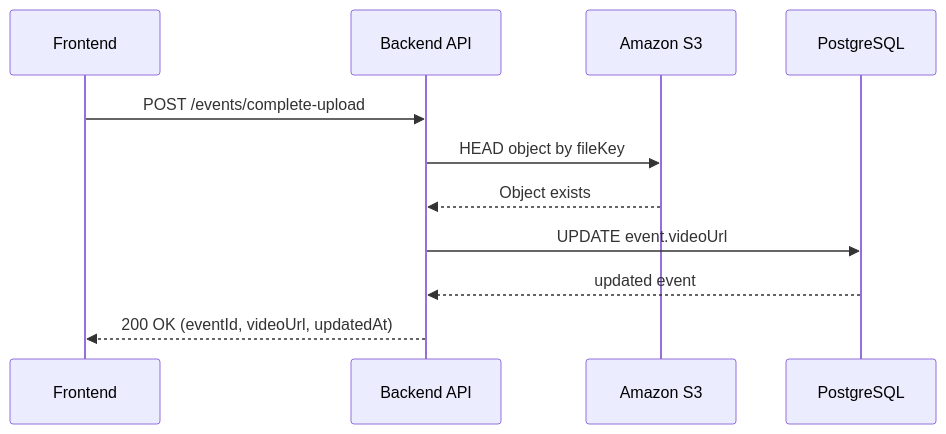
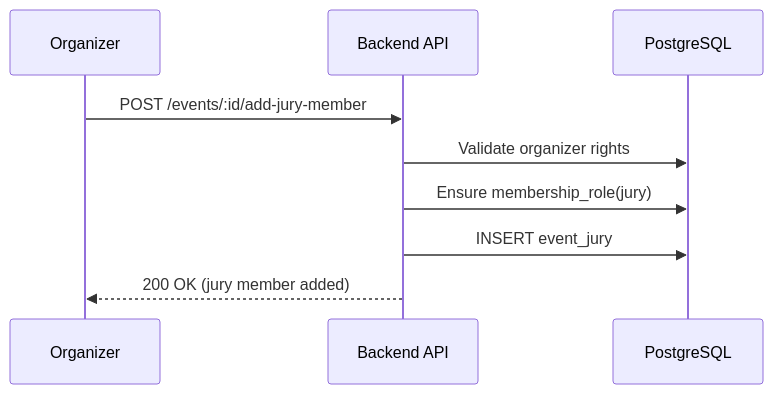
One commit to KaterynaKocheharova/Multi-tenant-architecture changed the eighth of 10 diagrams in architecture-homework/docs/api-design.md. Above: the diagram before and after it, drawn with Mermaid. The commit also changed other lines of this file and 1 other file, not shown here.

Commit message:
polish api-design

````diff
--- a/architecture-homework/docs/api-design.md
+++ b/architecture-homework/docs/api-design.md
@@ -537,14 +512,12 @@
 ```mermaid
 sequenceDiagram
-  participant FE as Frontend
+  participant Org as Organizer
   participant API as Backend API
-  participant S3 as Amazon S3
   participant DB as PostgreSQL
 
-  FE->>API: POST /events/complete-upload
-  API->>S3: HEAD object by fileKey
-  S3-->>API: Object exists
-  API->>DB: UPDATE event.videoUrl
-  DB-->>API: updated event
-  API-->>FE: 200 OK (eventId, videoUrl, updatedAt)
+  Org->>API: POST /events/:id/add-jury-member
+  API->>DB: Validate organizer rights
+  API->>DB: Ensure membership_role(jury)
+  API->>DB: INSERT event_jury
+  API-->>Org: 200 OK (jury member added)
 ```
````
